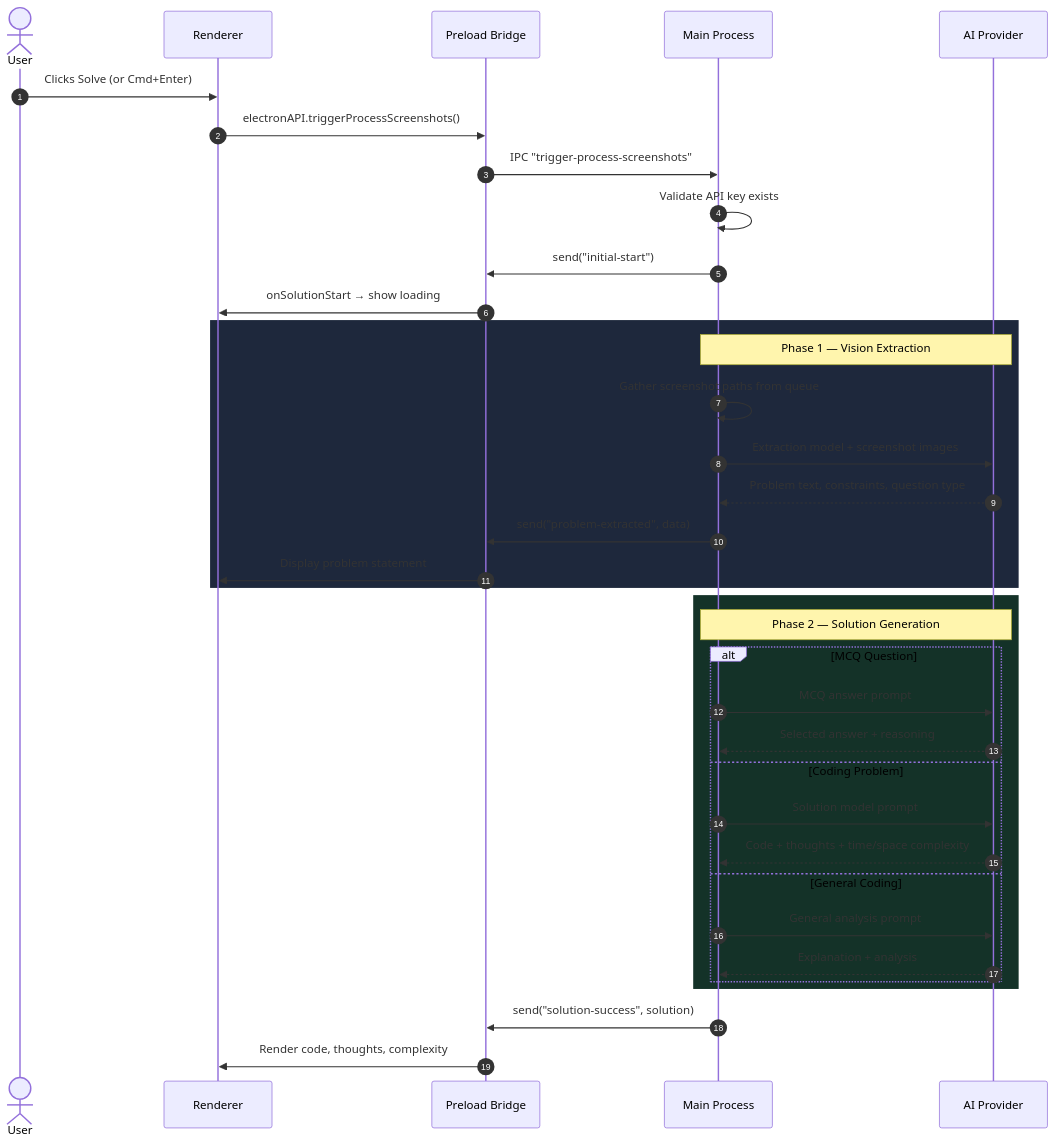
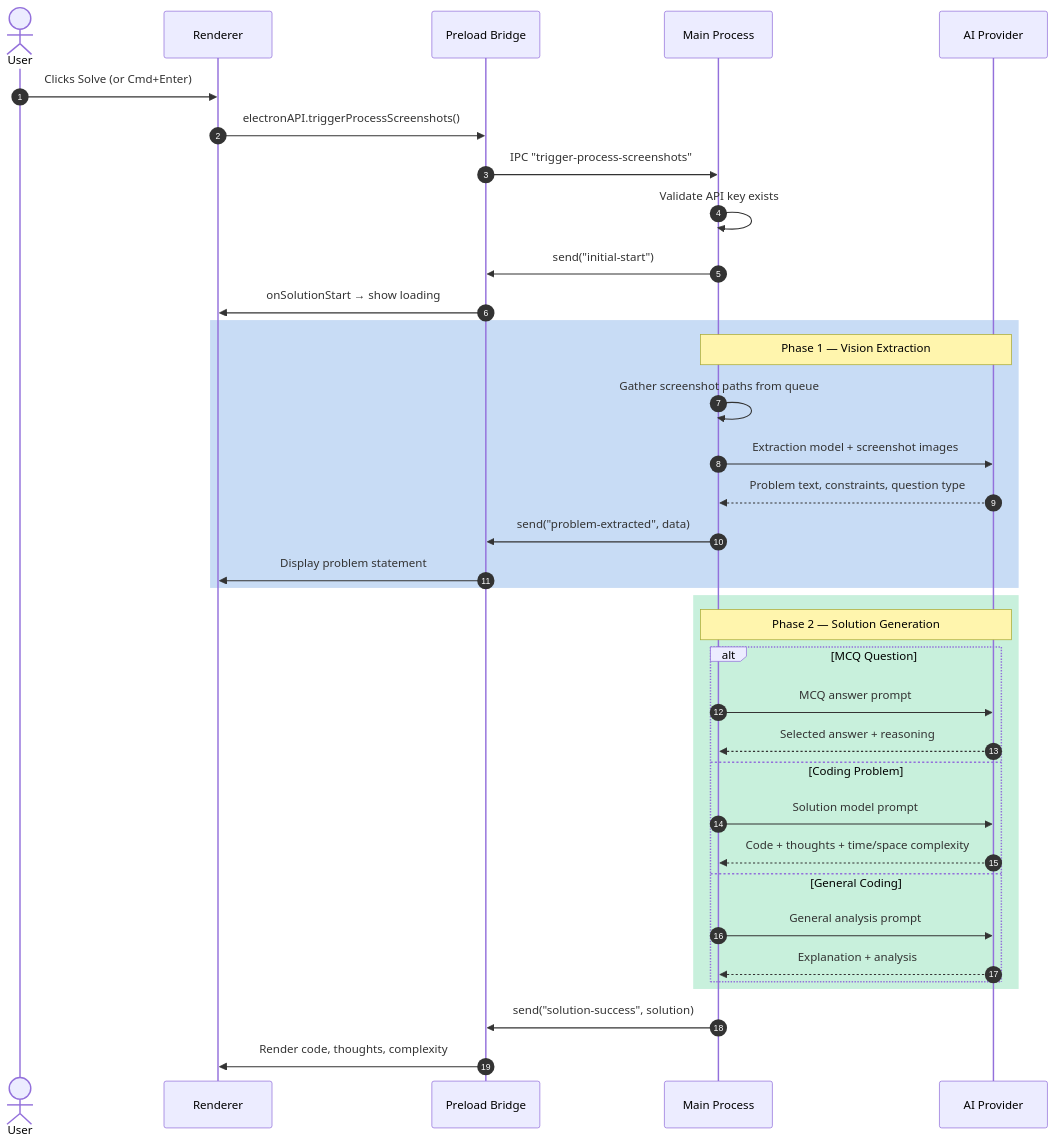
One commit to AdityaJandu/interview-coder changed the seventh of 9 diagrams in PROJECT_STRUCTURE.md. Above: the diagram before and after it, drawn with Mermaid.

Commit message:
fix(docs): documentation color change

````diff
--- a/PROJECT_STRUCTURE.md
+++ b/PROJECT_STRUCTURE.md
@@ -297,43 +297,43 @@
 ```mermaid
 sequenceDiagram
     autonumber
     actor User
     participant UI as Renderer
     participant Bridge as Preload Bridge
     participant Main as Main Process
     participant AI as AI Provider
 
     User->>UI: Clicks Solve (or Cmd+Enter)
     UI->>Bridge: electronAPI.triggerProcessScreenshots()
     Bridge->>Main: IPC "trigger-process-screenshots"
 
     Main->>Main: Validate API key exists
     Main->>Bridge: send("initial-start")
     Bridge->>UI: onSolutionStart → show loading
 
-    rect rgb(30, 40, 60)
+    rect rgb(200, 220, 245)
         Note over Main,AI: Phase 1 — Vision Extraction
         Main->>Main: Gather screenshot paths from queue
         Main->>AI: Extraction model + screenshot images
         AI-->>Main: Problem text, constraints, question type
         Main->>Bridge: send("problem-extracted", data)
         Bridge->>UI: Display problem statement
     end
 
-    rect rgb(20, 50, 40)
+    rect rgb(200, 240, 220)
         Note over Main,AI: Phase 2 — Solution Generation
         alt MCQ Question
             Main->>AI: MCQ answer prompt
             AI-->>Main: Selected answer + reasoning
         else Coding Problem
             Main->>AI: Solution model prompt
             AI-->>Main: Code + thoughts + time/space complexity
         else General Coding
             Main->>AI: General analysis prompt
             AI-->>Main: Explanation + analysis
         end
     end
 
     Main->>Bridge: send("solution-success", solution)
     Bridge->>UI: Render code, thoughts, complexity
 ```
````
